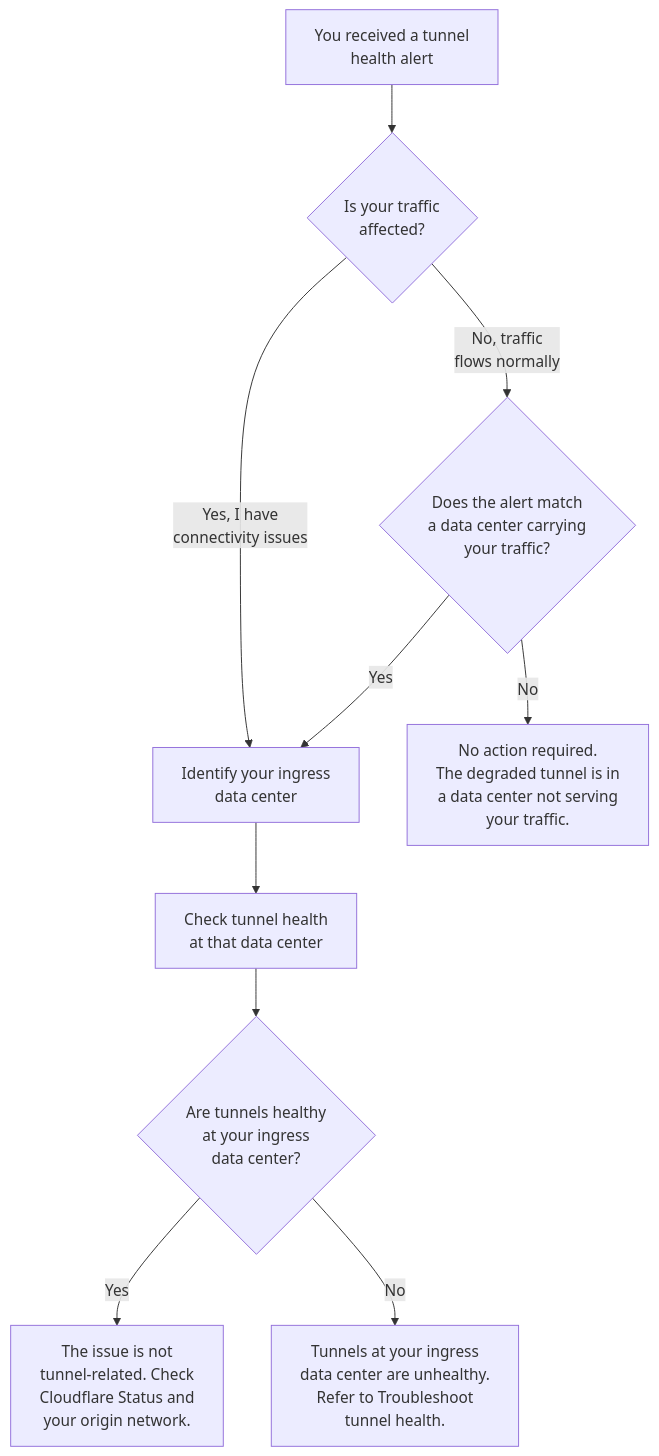
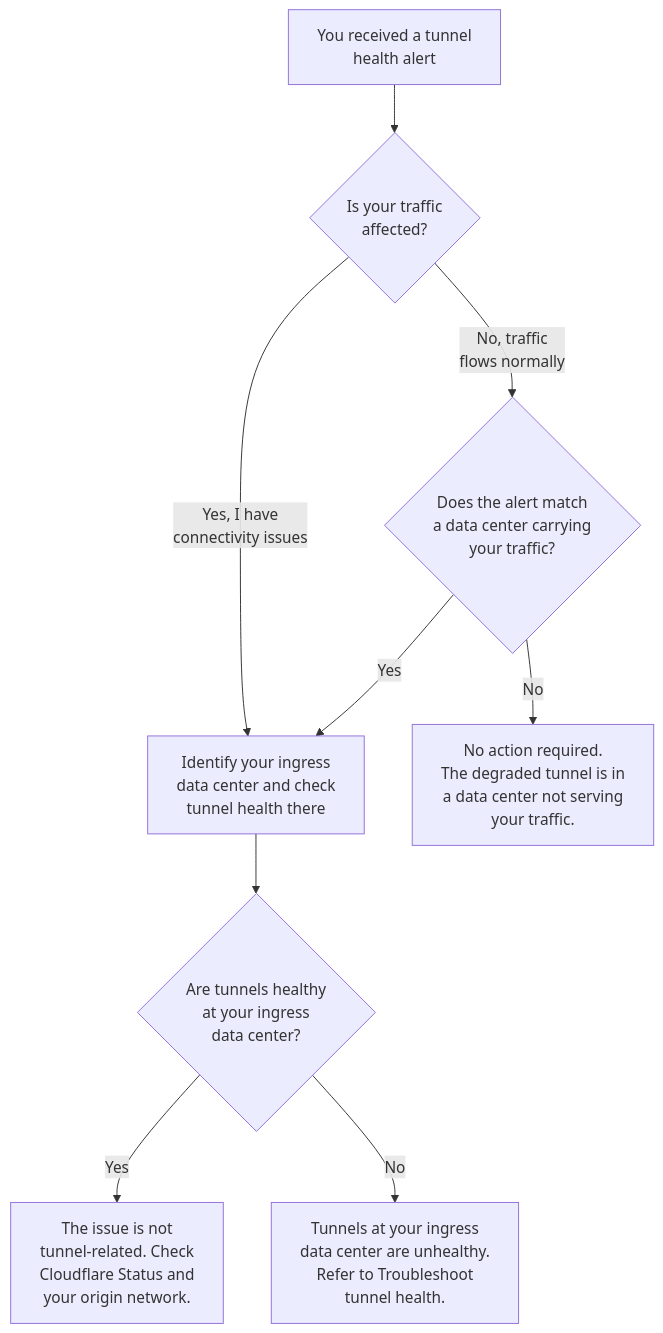
The diagram in src/content/docs/magic-transit/troubleshooting/connectivity.mdx (cloudflare/cloudflare-docs), drawn with Mermaid before and after one commit. The commit also changed other lines of this file, not shown here.

````diff
--- a/src/content/docs/magic-transit/troubleshooting/connectivity.mdx
+++ b/src/content/docs/magic-transit/troubleshooting/connectivity.mdx
@@ -31,15 +31,14 @@
 ```mermaid
 flowchart TD
 accTitle: Connectivity troubleshooting flowchart
 accDescr: A decision tree to determine whether a degraded tunnel alert is affecting your traffic.
 
 A["You received a tunnel<br>health alert"] --> B{"Is your traffic<br>affected?"}
-B -- "Yes, I have<br>connectivity issues" --> C["Identify your ingress<br>data center"]
+B -- "Yes, I have<br>connectivity issues" --> C["Identify your ingress<br>data center and check<br>tunnel health there"]
 B -- "No, traffic<br>flows normally" --> D{"Does the alert match<br>a data center carrying<br>your traffic?"}
 D -- "No" --> E["No action required.<br>The degraded tunnel is in<br>a data center not serving<br>your traffic."]
 D -- "Yes" --> C
-C --> F["Check tunnel health<br>at that data center"]
-F --> G{"Are tunnels healthy<br>at your ingress<br>data center?"}
+C --> G{"Are tunnels healthy<br>at your ingress<br>data center?"}
 G -- "Yes" --> H["The issue is not<br>tunnel-related. Check<br>Cloudflare Status and<br>your origin network."]
 G -- "No" --> I["Tunnels at your ingress<br>data center are unhealthy.<br>Refer to Troubleshoot<br>tunnel health."]
 ```
````
